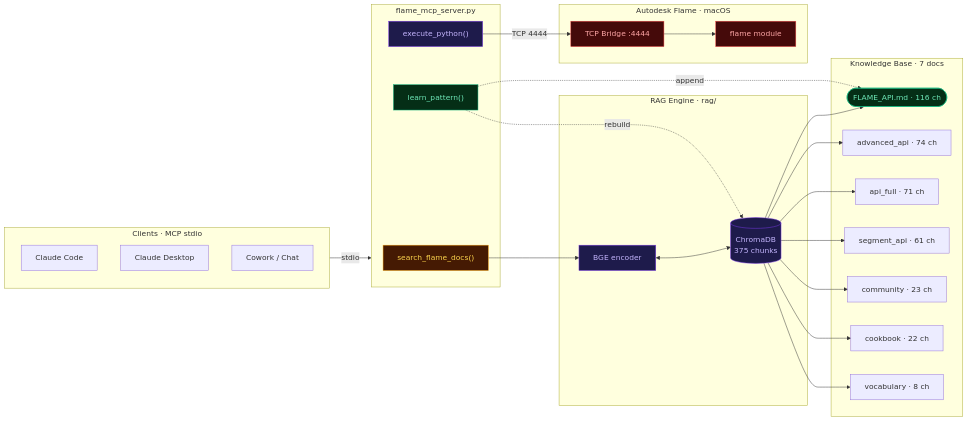
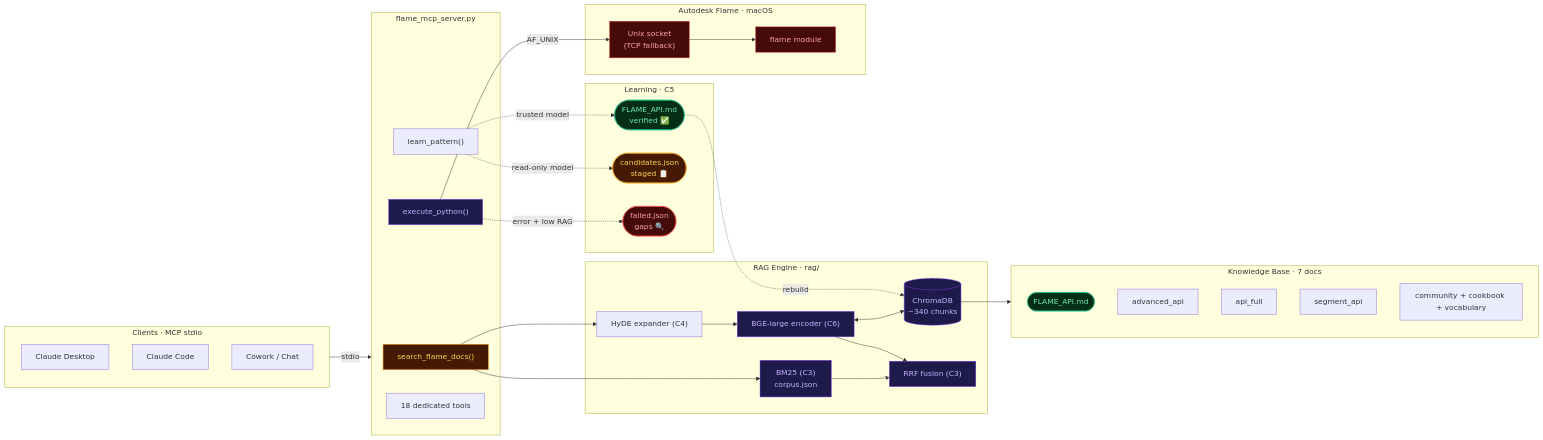
Before and after one commit to abrahamADSK/flame-mcp: the first of 2 diagrams in docs/ARCHITECTURE.md, drawn with Mermaid. The commit also changed other lines of this file, not shown here.

First line of the commit message:
docs: rewrite ARCHITECTURE.md — current state v0.9.0

````diff
--- a/docs/ARCHITECTURE.md
+++ b/docs/ARCHITECTURE.md
@@ -5,52 +5,70 @@
 ```mermaid
 flowchart LR
     subgraph CLI["Clients  ·  MCP stdio"]
-        A1["Claude Code"]
-        A2["Claude Desktop"]
+        A1["Claude Desktop"]
+        A2["Claude Code"]
         A3["Cowork / Chat"]
     end
 
     subgraph SRV["flame_mcp_server.py"]
         T1["search_flame_docs()"]
         T2["execute_python()"]
         T3["learn_pattern()"]
+        T4["18 dedicated tools"]
     end
 
     subgraph RAG["RAG Engine  ·  rag/"]
-        R1["BGE encoder"]
-        R2[("ChromaDB<br/>375 chunks")]
+        R1["HyDE expander (C4)"]
+        R2["BGE-large encoder (C6)"]
+        R3[("ChromaDB\n~340 chunks")]
+        R4["BM25 (C3)\ncorpus.json"]
+        R5["RRF fusion (C3)"]
     end
 
     subgraph KB["Knowledge Base  ·  7 docs"]
-        K1(["FLAME_API.md · 116 ch"])
-        K2["advanced_api · 74 ch"]
-        K3["api_full · 71 ch"]
-        K4["segment_api · 61 ch"]
-        K5["community · 23 ch"]
-        K6["cookbook · 22 ch"]
-        K7["vocabulary · 8 ch"]
+        K1(["FLAME_API.md"])
+        K2["advanced_api"]
+        K3["api_full"]
+        K4["segment_api"]
+        K5["community + cookbook + vocabulary"]
+    end
+
+    subgraph C5["Learning  ·  C5"]
+        L1(["FLAME_API.md\nverified ✅"])
+        L2(["candidates.json\nstaged 📋"])
+        L3(["failed.json\ngaps 🔍"])
     end
 
     subgraph FLM["Autodesk Flame  ·  macOS"]
-        B1["TCP Bridge :4444"]
+        B1["Unix socket\n(TCP fallback)"]
         B2["flame module"]
     end
 
     CLI  -->|"stdio"| SRV
     T1   --> R1
-    R1  <--> R2
-    R2   --> K1 & K2 & K3 & K4 & K5 & K6 & K7
-    T2   -->|"TCP 4444"| B1
+    R1   --> R2
+    R2  <--> R3
+    R3   --> KB
+    T1   --> R4
+    R4   --> R5
+    R2   --> R5
+    T2   -->|"AF_UNIX"| B1
     B1   --> B2
-    T3  -.->|"append"| K1
-    T3  -.->|"rebuild"| R2
+    T3  -.->|"trusted model"| L1
+    T3  -.->|"read-only model"| L2
+    T2  -.->|"error + low RAG"| L3
+    L1  -.->|"rebuild"| R3
 
     style K1 fill:#052e16,color:#6ee7b7,stroke:#10b981
-    style T3 fill:#052e16,color:#6ee7b7,stroke:#10b981
+    style L1 fill:#052e16,color:#6ee7b7,stroke:#10b981
+    style L2 fill:#451a03,color:#fcd34d,stroke:#f59e0b
+    style L3 fill:#450a0a,color:#fca5a5,stroke:#ef4444
+    style R3 fill:#1e1b4b,color:#c4b5fd,stroke:#7c3aed
     style R2 fill:#1e1b4b,color:#c4b5fd,stroke:#7c3aed
-    style R1 fill:#1e1b4b,color:#c4b5fd,stroke:#7c3aed
+    style R4 fill:#1e1b4b,color:#c4b5fd,stroke:#7c3aed
+    style R5 fill:#1e1b4b,color:#c4b5fd,stroke:#7c3aed
     style T2 fill:#1e1b4b,color:#c4b5fd,stroke:#7c3aed
     style T1 fill:#451a03,color:#fcd34d,stroke:#f59e0b
     style B1 fill:#450a0a,color:#fca5a5,stroke:#ef4444
     style B2 fill:#450a0a,color:#fca5a5,stroke:#ef4444
 ```
````
